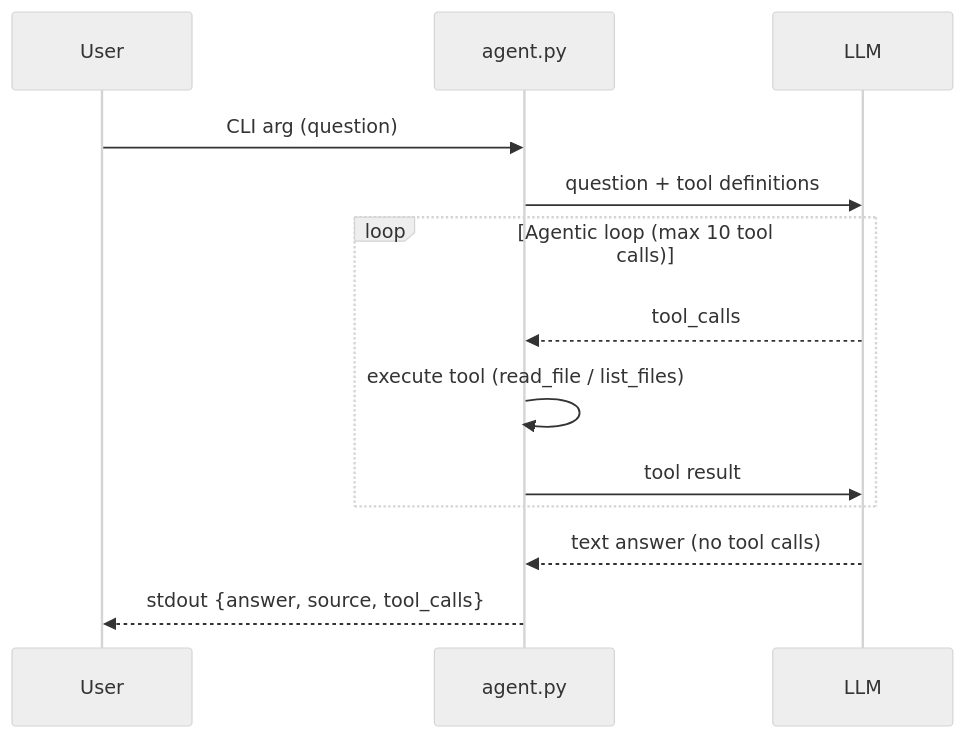
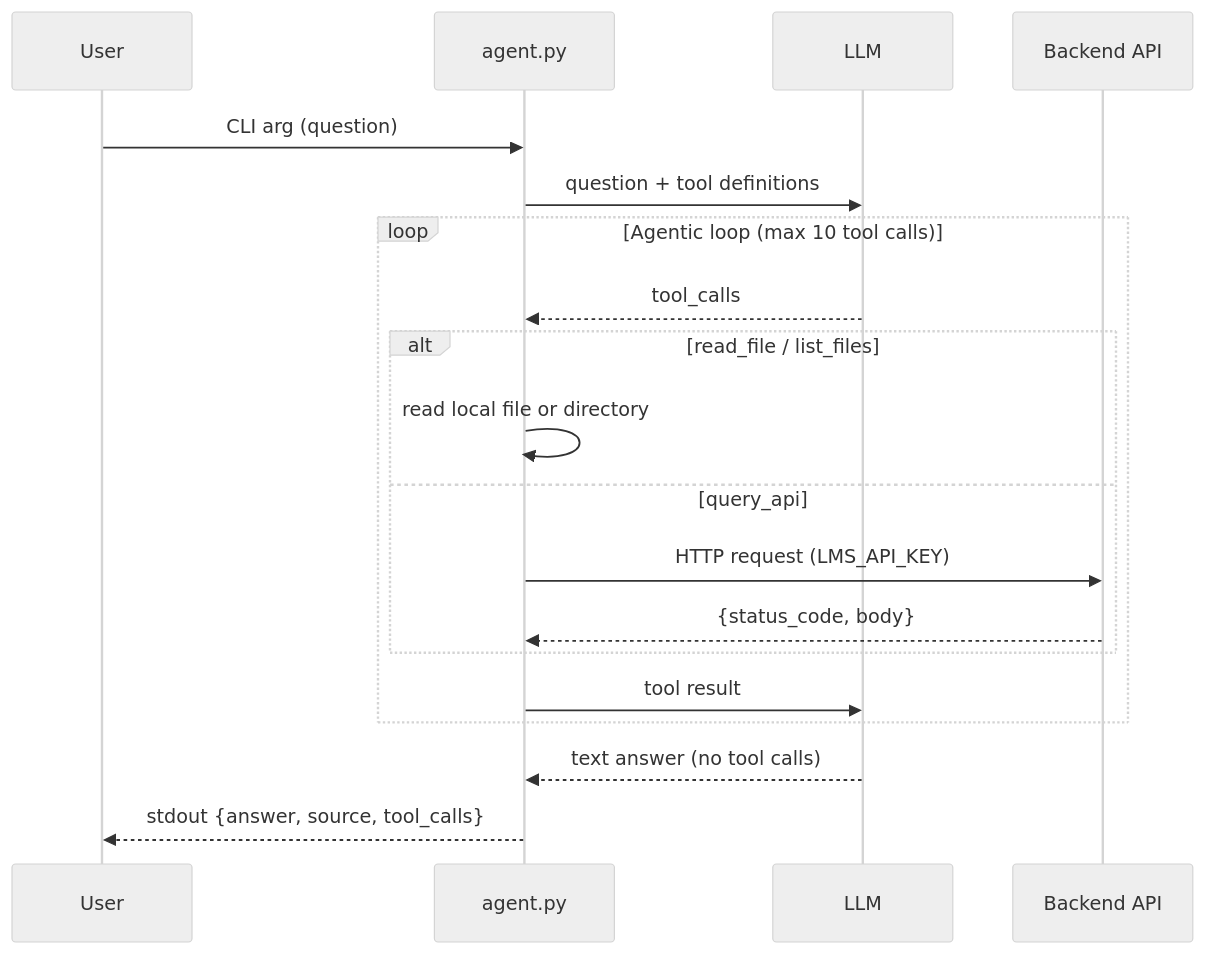
One commit to dashasevostianova/se-toolkit-lab-6 changed the diagram in AGENT.md. Above: the diagram before and after it, drawn with Mermaid (neutral theme). The commit also changed other lines of this file and 3 other files, not shown here.

Commit message:
Task 3: Add query_api tool and system agent

````diff
--- a/AGENT.md
+++ b/AGENT.md
@@ -31,16 +43,22 @@
 ```mermaid
 sequenceDiagram
     participant User
     participant agent.py
     participant LLM
+    participant Backend as Backend API
 
     User->>agent.py: CLI arg (question)
     agent.py->>LLM: question + tool definitions
     loop Agentic loop (max 10 tool calls)
         LLM-->>agent.py: tool_calls
-        agent.py->>agent.py: execute tool (read_file / list_files)
+        alt read_file / list_files
+            agent.py->>agent.py: read local file or directory
+        else query_api
+            agent.py->>Backend: HTTP request (LMS_API_KEY)
+            Backend-->>agent.py: {status_code, body}
+        end
         agent.py->>LLM: tool result
     end
     LLM-->>agent.py: text answer (no tool calls)
     agent.py-->>User: stdout {answer, source, tool_calls}
 ```
````
